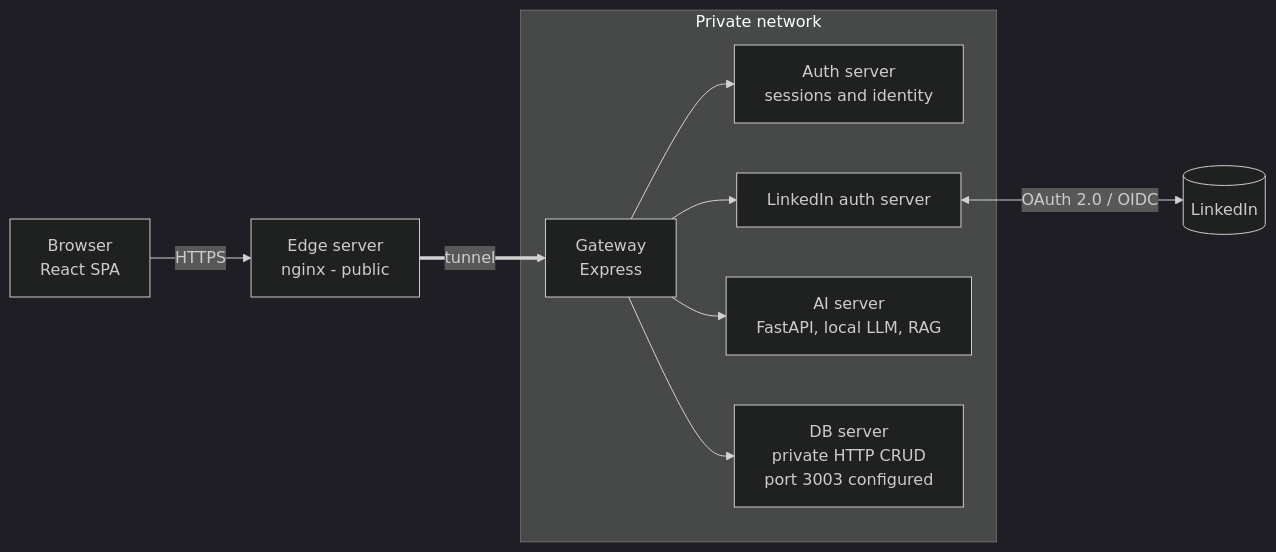
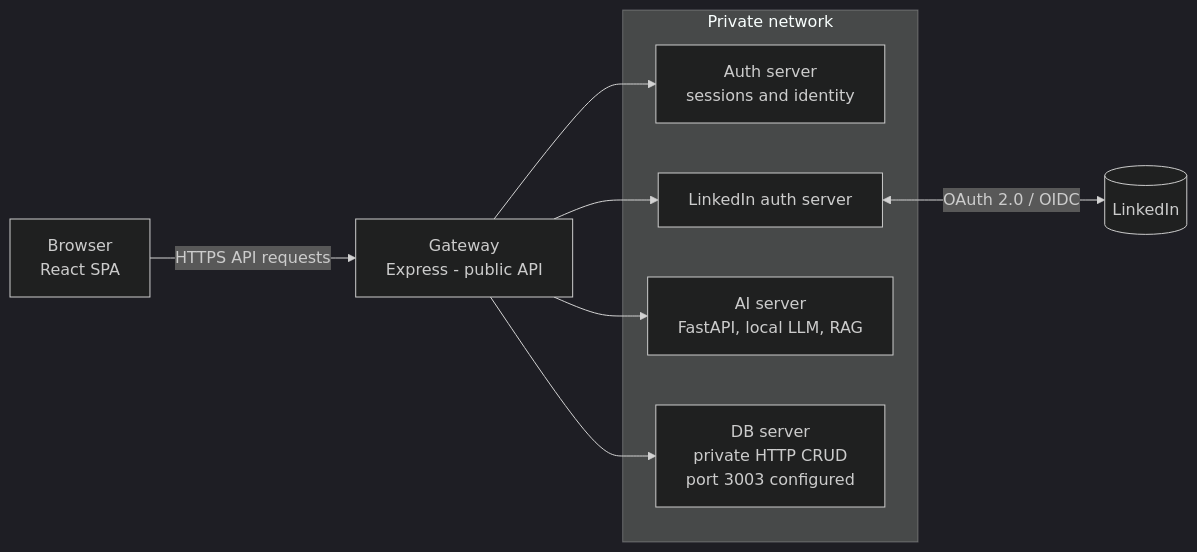
The second of 2 diagrams in docs/overview.md (abt-bara/LinkedIn-Profile-Rating), drawn with Mermaid (dark theme) before and after one commit. The commit also changed other lines of this file and 16 other files, not shown here.

Commit message:
bugs fixed - edge server removed - frontend updated

````diff
--- a/docs/overview.md
+++ b/docs/overview.md
@@ -29,13 +29,16 @@
 ```mermaid
 flowchart LR
-  U[Browser<br/>React SPA] -->|HTTPS| E[Edge server<br/>nginx - public]
-  E ==>|tunnel| G
+  U[Browser<br/>React SPA] -->|HTTPS API requests| G
+  G[Gateway<br/>Express - public API]
   subgraph P[Private network]
-    G[Gateway<br/>Express]
-    G --> A[Auth server<br/>sessions and identity]
-    G --> L[LinkedIn auth server]
-    G --> AI[AI server<br/>FastAPI, local LLM, RAG]
-    G --> DB[DB server<br/>private HTTP CRUD<br/>port 3003 configured]
+    A[Auth server<br/>sessions and identity]
+    L[LinkedIn auth server]
+    AI[AI server<br/>FastAPI, local LLM, RAG]
+    DB[DB server<br/>private HTTP CRUD<br/>port 3003 configured]
   end
+  G --> A
+  G --> L
+  G --> AI
+  G --> DB
   L <-->|OAuth 2.0 / OIDC| LI[(LinkedIn)]
 ```
````
